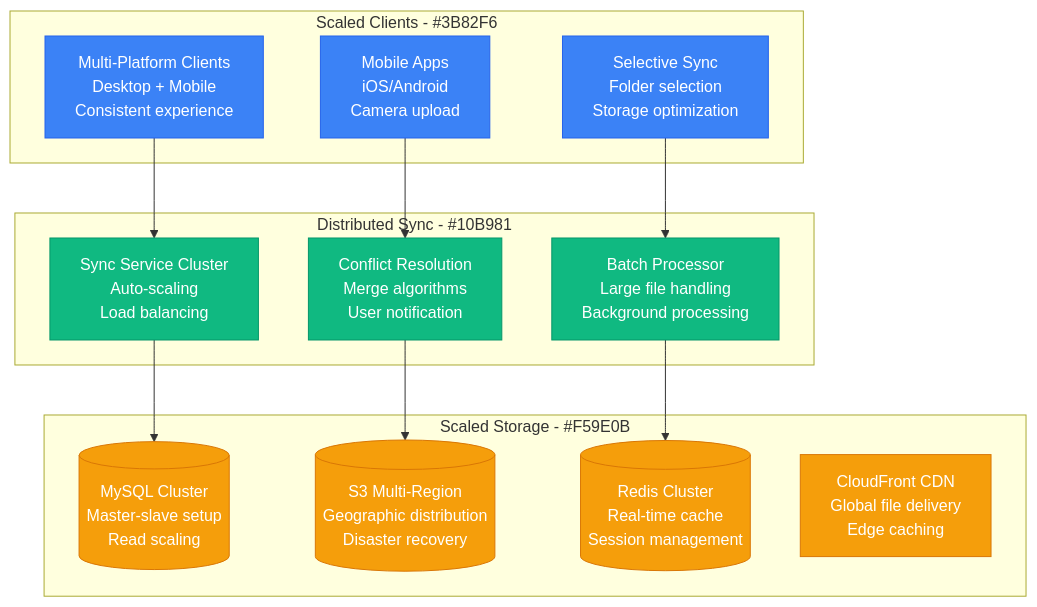
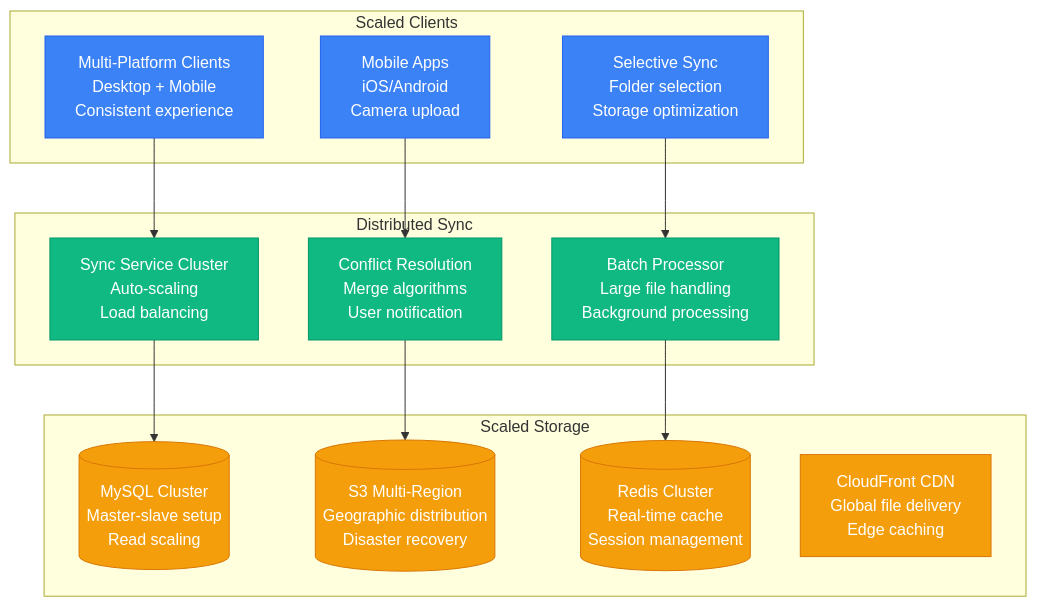
The second of 3 diagrams in site/docs/scaling/dropbox-scale-evolution.md (deepaucksharma/DS), drawn with Mermaid before and after one commit. The commit also changed other lines of this file and 169 other files, not shown here.

````diff
--- a/site/docs/scaling/dropbox-scale-evolution.md
+++ b/site/docs/scaling/dropbox-scale-evolution.md
@@ -66,36 +66,36 @@
 ```mermaid
 graph TB
-    subgraph ScaledClients[Scaled Clients - #3B82F6]
+    subgraph ScaledClients["Scaled Clients"]
         MULTI_PLATFORM[Multi-Platform Clients<br/>Desktop + Mobile<br/>Consistent experience]
         MOBILE_APPS[Mobile Apps<br/>iOS/Android<br/>Camera upload]
         SELECTIVE_SYNC[Selective Sync<br/>Folder selection<br/>Storage optimization]
     end
 
-    subgraph DistributedSync[Distributed Sync - #10B981]
+    subgraph DistributedSync["Distributed Sync"]
         SYNC_CLUSTER[Sync Service Cluster<br/>Auto-scaling<br/>Load balancing]
         CONFLICT_RESOLUTION[Conflict Resolution<br/>Merge algorithms<br/>User notification]
         BATCH_PROCESSOR[Batch Processor<br/>Large file handling<br/>Background processing]
     end
 
-    subgraph ScaledStorage[Scaled Storage - #F59E0B]
+    subgraph ScaledStorage["Scaled Storage"]
         MYSQL_CLUSTER[(MySQL Cluster<br/>Master-slave setup<br/>Read scaling)]
         S3_MULTI_REGION[(S3 Multi-Region<br/>Geographic distribution<br/>Disaster recovery)]
         REDIS_CLUSTER[(Redis Cluster<br/>Real-time cache<br/>Session management)]
         CDN[CloudFront CDN<br/>Global file delivery<br/>Edge caching]
     end
 
     MULTI_PLATFORM --> SYNC_CLUSTER
     MOBILE_APPS --> CONFLICT_RESOLUTION
     SELECTIVE_SYNC --> BATCH_PROCESSOR
     SYNC_CLUSTER --> MYSQL_CLUSTER
     CONFLICT_RESOLUTION --> S3_MULTI_REGION
     BATCH_PROCESSOR --> REDIS_CLUSTER
 
     classDef clientStyle fill:#3B82F6,stroke:#2563EB,color:#fff
     classDef syncStyle fill:#10B981,stroke:#059669,color:#fff
     classDef storageStyle fill:#F59E0B,stroke:#D97706,color:#fff
 
     class MULTI_PLATFORM,MOBILE_APPS,SELECTIVE_SYNC clientStyle
     class SYNC_CLUSTER,CONFLICT_RESOLUTION,BATCH_PROCESSOR syncStyle
     class MYSQL_CLUSTER,S3_MULTI_REGION,REDIS_CLUSTER,CDN storageStyle
 ```
````
